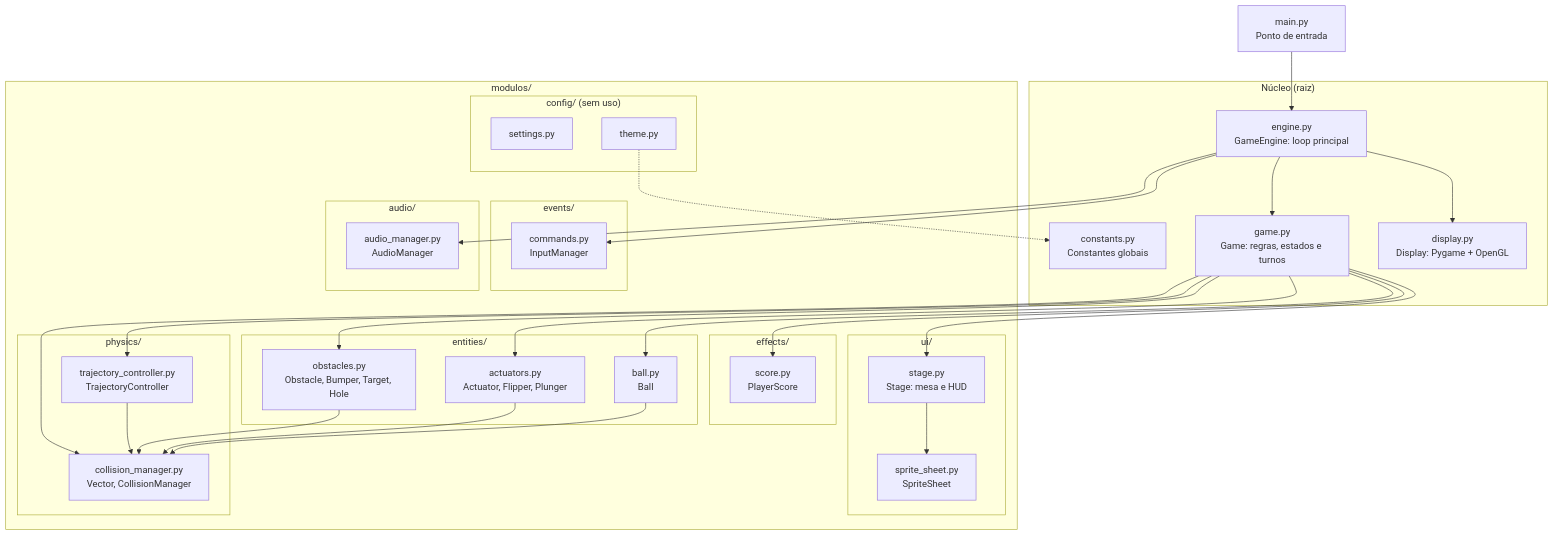
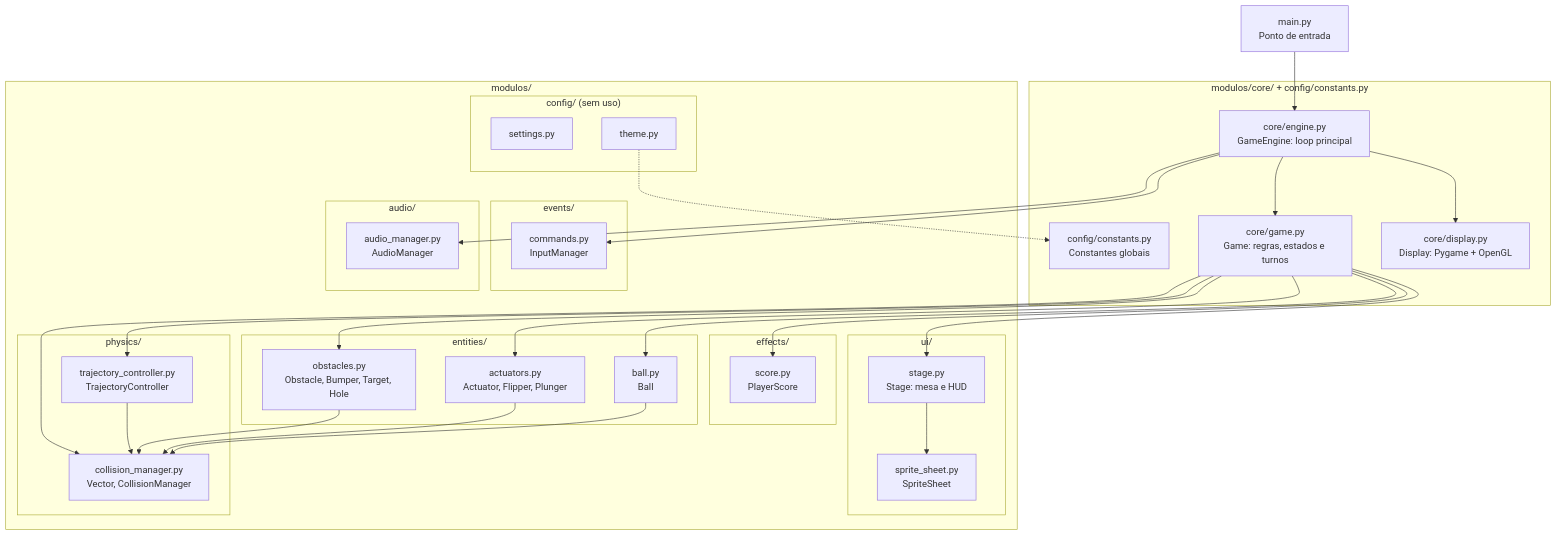
One commit to EthanAbner/TAC-III-Pinball changed the first of 2 diagrams in README.md. Above: the diagram before and after it, drawn with Mermaid. The commit also changed other lines of this file and 27 other files, not shown here.

First line of the commit message:
Mover núcleo do jogo para modulos/ e remover cópias da raiz

````diff
--- a/README.md
+++ b/README.md
@@ -97,58 +109,58 @@
 ```mermaid
 flowchart TD
     MAIN["main.py<br/>Ponto de entrada"] --> ENGINE
 
-    subgraph NUCLEO["Núcleo (raiz)"]
-        ENGINE["engine.py<br/>GameEngine: loop principal"]
-        GAME["game.py<br/>Game: regras, estados e turnos"]
-        DISPLAY["display.py<br/>Display: Pygame + OpenGL"]
-        CONST["constants.py<br/>Constantes globais"]
+    subgraph NUCLEO["modulos/core/ + config/constants.py"]
+        ENGINE["core/engine.py<br/>GameEngine: loop principal"]
+        GAME["core/game.py<br/>Game: regras, estados e turnos"]
+        DISPLAY["core/display.py<br/>Display: Pygame + OpenGL"]
+        CONST["config/constants.py<br/>Constantes globais"]
     end
 
     subgraph MODULOS["modulos/"]
         subgraph EVENTS["events/"]
             COMMANDS["commands.py<br/>InputManager"]
         end
         subgraph AUDIO["audio/"]
             AUDIOM["audio_manager.py<br/>AudioManager"]
         end
         subgraph UI["ui/"]
             STAGE["stage.py<br/>Stage: mesa e HUD"]
             SPRITE["sprite_sheet.py<br/>SpriteSheet"]
         end
         subgraph EFFECTS["effects/"]
             SCORE["score.py<br/>PlayerScore"]
         end
         subgraph ENTITIES["entities/"]
             BALL["ball.py<br/>Ball"]
             ACT["actuators.py<br/>Actuator, Flipper, Plunger"]
             OBS["obstacles.py<br/>Obstacle, Bumper, Target, Hole"]
         end
         subgraph PHYSICS["physics/"]
             TRAJ["trajectory_controller.py<br/>TrajectoryController"]
             COLL["collision_manager.py<br/>Vector, CollisionManager"]
         end
         subgraph CONFIG["config/ (sem uso)"]
             SETTINGS["settings.py"]
             THEME["theme.py"]
         end
     end
 
     ENGINE --> DISPLAY
     ENGINE --> GAME
     ENGINE --> COMMANDS
     ENGINE --> AUDIOM
     GAME --> STAGE
     GAME --> SCORE
     GAME --> BALL
     GAME --> ACT
     GAME --> OBS
     GAME --> TRAJ
     GAME --> COLL
     STAGE --> SPRITE
     BALL --> COLL
     ACT --> COLL
     OBS --> COLL
     TRAJ --> COLL
     THEME -.-> CONST
 ```
````
